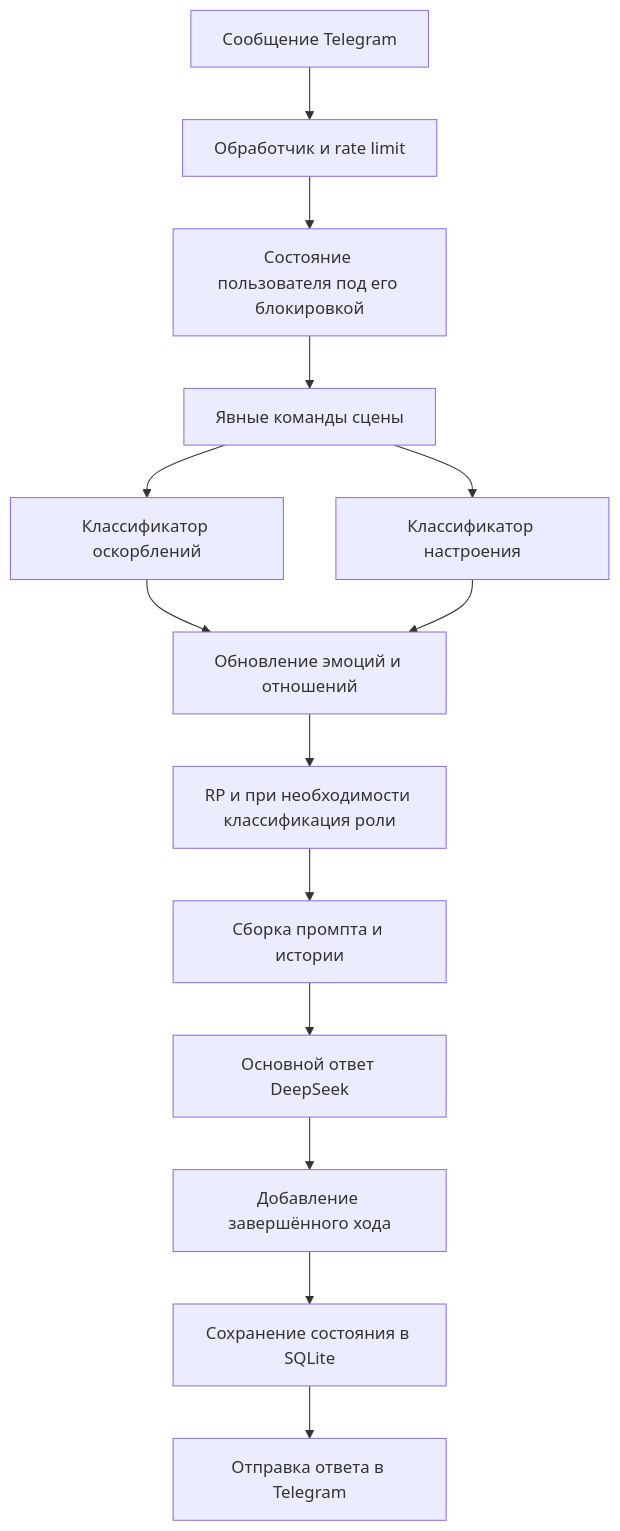
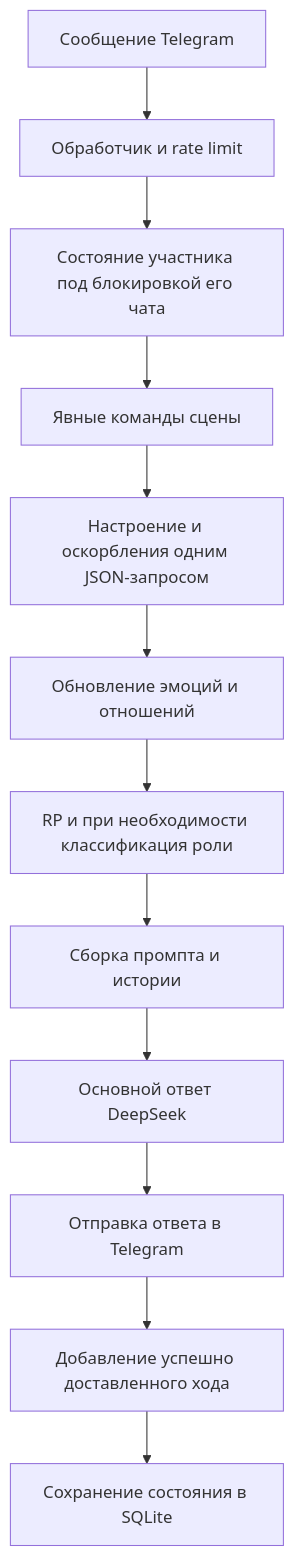
Before and after one commit to Exichek/Protogen-Delta: the diagram in README.md, drawn with Mermaid. The commit also changed other lines of this file and 7 other files, not shown here.

````diff
--- a/README.md
+++ b/README.md
@@ -482,16 +503,14 @@
 ```mermaid
 flowchart TD
     Message[Сообщение Telegram] --> Handler[Обработчик и rate limit]
-    Handler --> State[Состояние пользователя под его блокировкой]
+    Handler --> State[Состояние участника под блокировкой его чата]
     State --> Scene[Явные команды сцены]
-    Scene --> Insults[Классификатор оскорблений]
-    Scene --> Mood[Классификатор настроения]
-    Insults --> Effects[Обновление эмоций и отношений]
-    Mood --> Effects
+    Scene --> Classification[Настроение и оскорбления одним JSON-запросом]
+    Classification --> Effects[Обновление эмоций и отношений]
     Effects --> Context[RP и при необходимости классификация роли]
     Context --> Prompt[Сборка промпта и истории]
     Prompt --> DeepSeek[Основной ответ DeepSeek]
-    DeepSeek --> History[Добавление завершённого хода]
+    DeepSeek --> Reply[Отправка ответа в Telegram]
+    Reply --> History[Добавление успешно доставленного хода]
     History --> Save[Сохранение состояния в SQLite]
-    Save --> Reply[Отправка ответа в Telegram]
 ```
````
